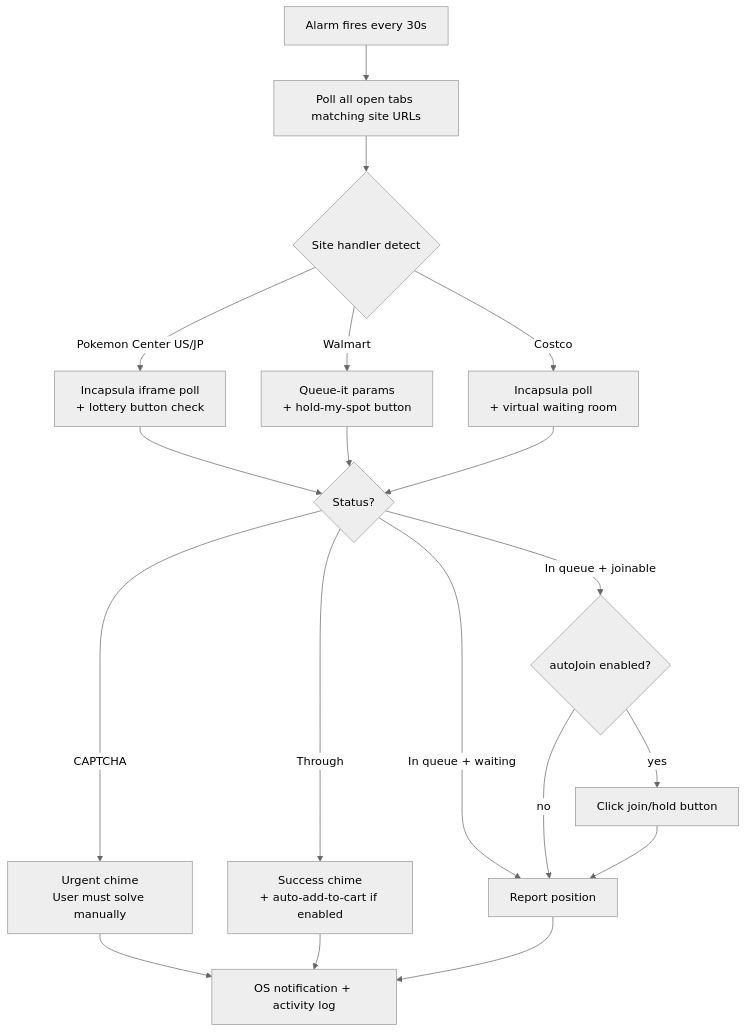
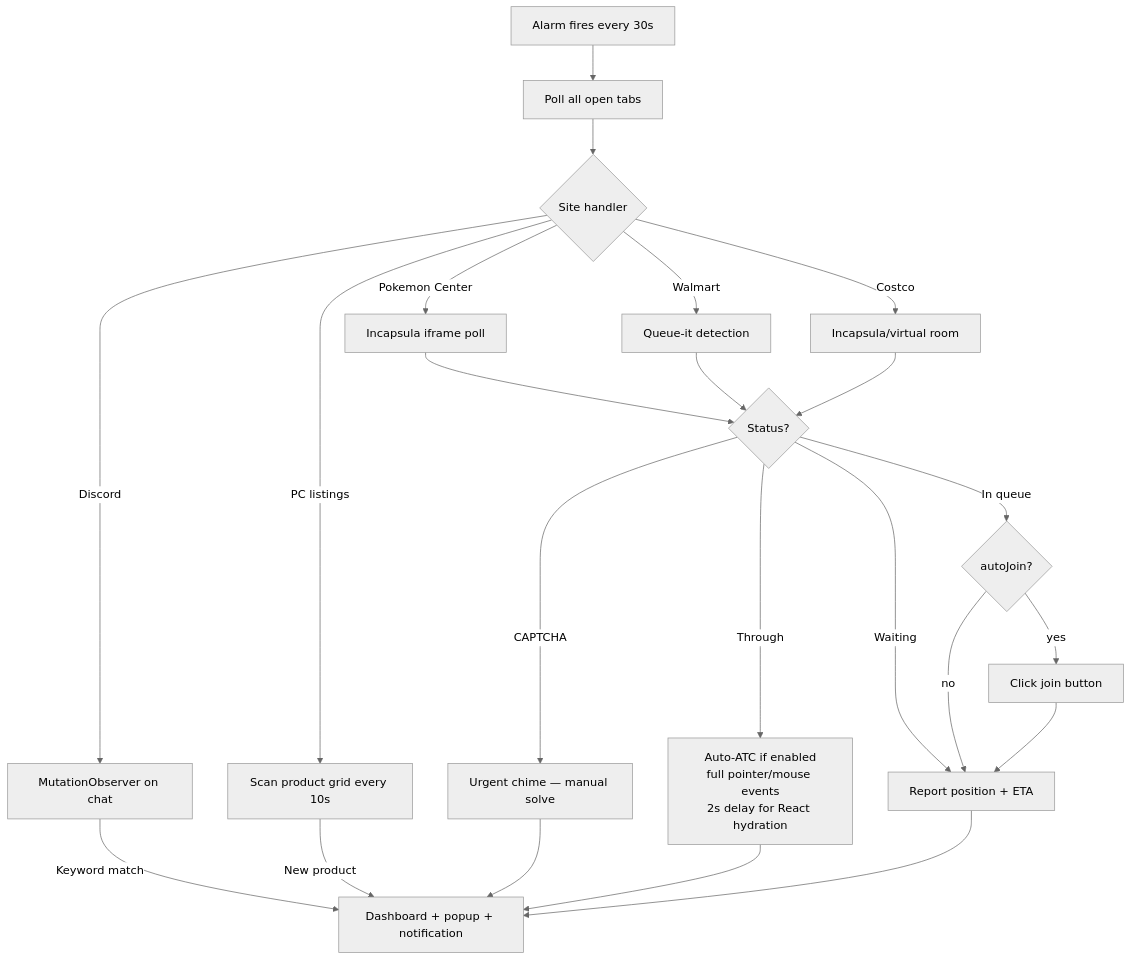
One commit to Pyronewbic/casecomp changed the second of 2 diagrams in README.md. Above: the diagram before and after it, drawn with Mermaid (neutral theme). The commit also changed other lines of this file and 1 other file, not shown here.

Commit message:
docs: update README for dashboard, auto-ATC, Discord monitoring; remove CI
- Chrome extension section rewritten with full feature list: dashboard,
  auto-ATC, Discord monitoring, product listing monitor, live ETA, popup tabs
- Updated Mermaid flowchart with Discord, listings, and auto-ATC flows
- Removed CI workflow (overkill for personal project)

````diff
--- a/README.md
+++ b/README.md
@@ -275,21 +284,25 @@
 ```mermaid
 flowchart TD
-  A[Alarm fires every 30s] --> B[Poll all open tabs matching site URLs]
-  B --> C{Site handler detect}
-  C -->|Pokemon Center US/JP| D[Incapsula iframe poll\n+ lottery button check]
-  C -->|Walmart| E[Queue-it params\n+ hold-my-spot button]
-  C -->|Costco| F[Incapsula poll\n+ virtual waiting room]
+  A[Alarm fires every 30s] --> B[Poll all open tabs]
+  B --> C{Site handler}
+  C -->|Pokemon Center| D[Incapsula iframe poll]
+  C -->|Walmart| E[Queue-it detection]
+  C -->|Costco| F[Incapsula/virtual room]
+  C -->|Discord| DC[MutationObserver on chat]
+  C -->|PC listings| PL[Scan product grid every 10s]
   D --> G{Status?}
   E --> G
   F --> G
-  G -->|CAPTCHA| H[Urgent chime\nUser must solve manually]
-  G -->|Through| I[Success chime\n+ auto-add-to-cart if enabled]
-  G -->|In queue + joinable| J{autoJoin enabled?}
-  G -->|In queue + waiting| K[Report position]
-  J -->|yes| L[Click join/hold button]
+  G -->|CAPTCHA| H[Urgent chime — manual solve]
+  G -->|Through| I[Auto-ATC if enabled\nfull pointer/mouse events\n2s delay for React hydration]
+  G -->|In queue| J{autoJoin?}
+  G -->|Waiting| K[Report position + ETA]
+  J -->|yes| L[Click join button]
   J -->|no| K
   L --> K
-  H --> N[OS notification + activity log]
+  DC -->|Keyword match| N
+  PL -->|New product| N
+  H --> N[Dashboard + popup + notification]
   I --> N
   K --> N
 ```
````
